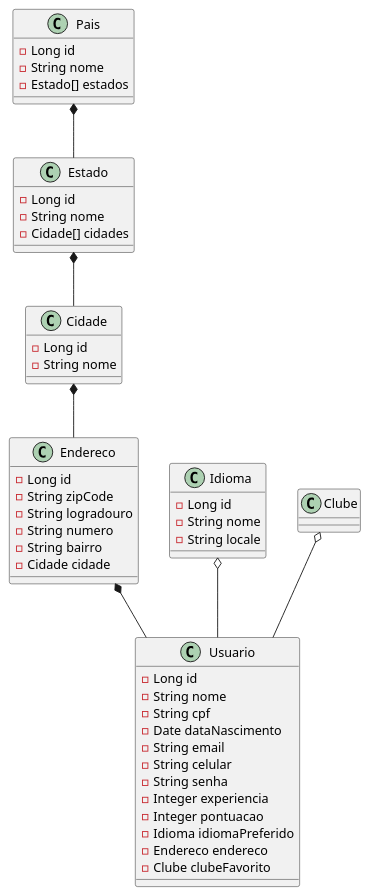
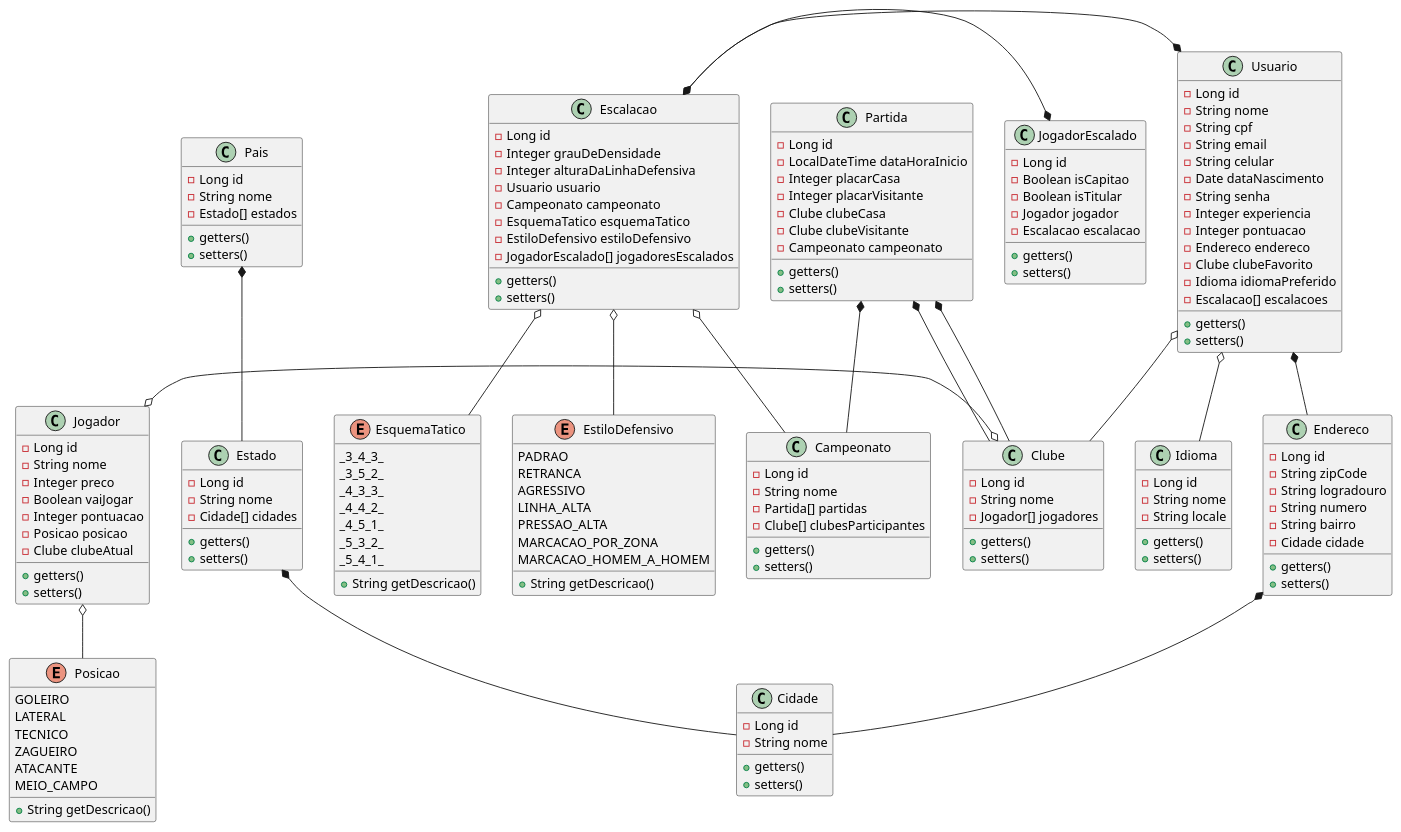
The diagram in docs/006-diagrama-de-classes/classes.plantuml (evertontech/cartola-fc), drawn with PlantUML before and after one commit.

Commit message:
atualizando diagramas de classes

```diff
--- a/docs/006-diagrama-de-classes/classes.plantuml
+++ b/docs/006-diagrama-de-classes/classes.plantuml
@@ -1,57 +1,180 @@
 @startuml
 
 class Pais {
     -Long id
     -String nome
     -Estado[] estados
+    +getters()
+    +setters()
 }
 
 class Estado {
     -Long id
     -String nome
     -Cidade[] cidades
+    +getters()
+    +setters()
 }
 
 class Cidade {
     -Long id
     -String nome
+    +getters()
+    +setters()
 }
 
 class Idioma {
     -Long id
     -String nome
     -String locale
+    +getters()
+    +setters()
 }
 
 class Endereco {
     -Long id
     -String zipCode
     -String logradouro
     -String numero
     -String bairro
     -Cidade cidade
+    +getters()
+    +setters()
 }
 
 class Usuario {
     -Long id
     -String nome
     -String cpf
-    -Date dataNascimento
     -String email
     -String celular
+    -Date dataNascimento
     -String senha
     -Integer experiencia
     -Integer pontuacao
-    -Idioma idiomaPreferido
     -Endereco endereco
     -Clube clubeFavorito
+    -Idioma idiomaPreferido
+    -Escalacao[] escalacoes
+    +getters()
+    +setters()
+}
+
+class Clube {
+    -Long id
+    -String nome
+    -Jogador[] jogadores
+    +getters()
+    +setters()
+}
+
+class Partida {
+    -Long id
+    -LocalDateTime dataHoraInicio
+    -Integer placarCasa
+    -Integer placarVisitante
+    -Clube clubeCasa
+    -Clube clubeVisitante
+    -Campeonato campeonato
+    +getters()
+    +setters()
+}
+
+class Campeonato {
+    -Long id
+    -String nome
+    -Partida[] partidas
+    -Clube[] clubesParticipantes
+    +getters()
+    +setters()
+}
+
+class Jogador {
+    -Long id
+    -String nome
+    -Integer preco
+    -Boolean vaiJogar
+    -Integer pontuacao
+    -Posicao posicao
+    -Clube clubeAtual
+    +getters()
+    +setters()
+}
+
+class JogadorEscalado {
+    -Long id
+    -Boolean isCapitao
+    -Boolean isTitular
+    -Jogador jogador
+    -Escalacao escalacao
+    +getters()
+    +setters()
+}
+
+enum Posicao {
+    GOLEIRO
+    LATERAL
+    TECNICO
+    ZAGUEIRO
+    ATACANTE
+    MEIO_CAMPO
+    +String getDescricao()
+}
+
+class Escalacao {
+    -Long id
+    -Integer grauDeDensidade
+    -Integer alturaDaLinhaDefensiva
+    -Usuario usuario
+    -Campeonato campeonato
+    -EsquemaTatico esquemaTatico
+    -EstiloDefensivo estiloDefensivo
+    -JogadorEscalado[] jogadoresEscalados
+    +getters()
+    +setters()
+}
+
+enum EstiloDefensivo {
+    PADRAO
+    RETRANCA
+    AGRESSIVO
+    LINHA_ALTA
+    PRESSAO_ALTA
+    MARCACAO_POR_ZONA
+    MARCACAO_HOMEM_A_HOMEM
+    +String getDescricao()
+}
+
+enum EsquemaTatico {
+    _3_4_3_
+    _3_5_2_
+    _4_3_3_
+    _4_4_2_
+    _4_5_1_
+    _5_3_2_
+    _5_4_1_
+    +String getDescricao()
 }
 
 Pais *-- Estado
 Estado *-- Cidade
-Cidade *-- Endereco
-Idioma o-- Usuario
-Endereco *-- Usuario
-Clube o-- Usuario
+Endereco *-- Cidade
+
+Usuario o-- Clube
+Usuario o-- Idioma
+Usuario *-- Endereco
+
+Jogador o-o Clube
+Jogador o-- Posicao
+
+Escalacao o-* Usuario
+Escalacao o-- Campeonato
+Escalacao o-- EsquemaTatico
+Escalacao o-- EstiloDefensivo
+Escalacao *-* JogadorEscalado
+
+Partida *-- Clube
+Partida *-- Clube
+Partida *-- Campeonato
 
 @enduml
```
